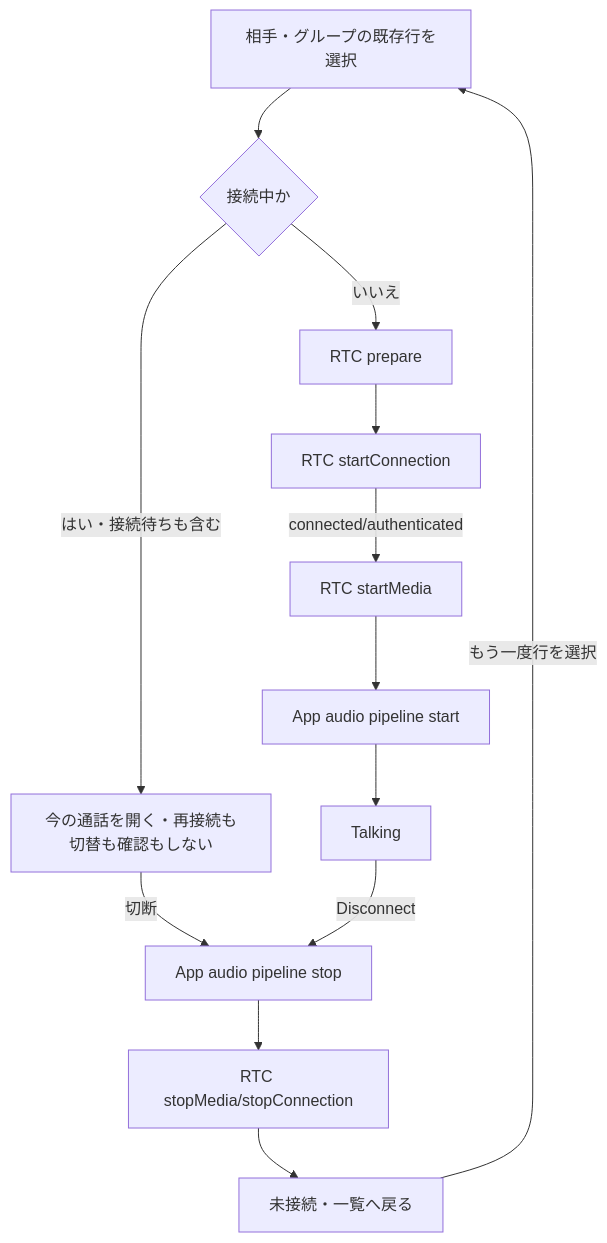
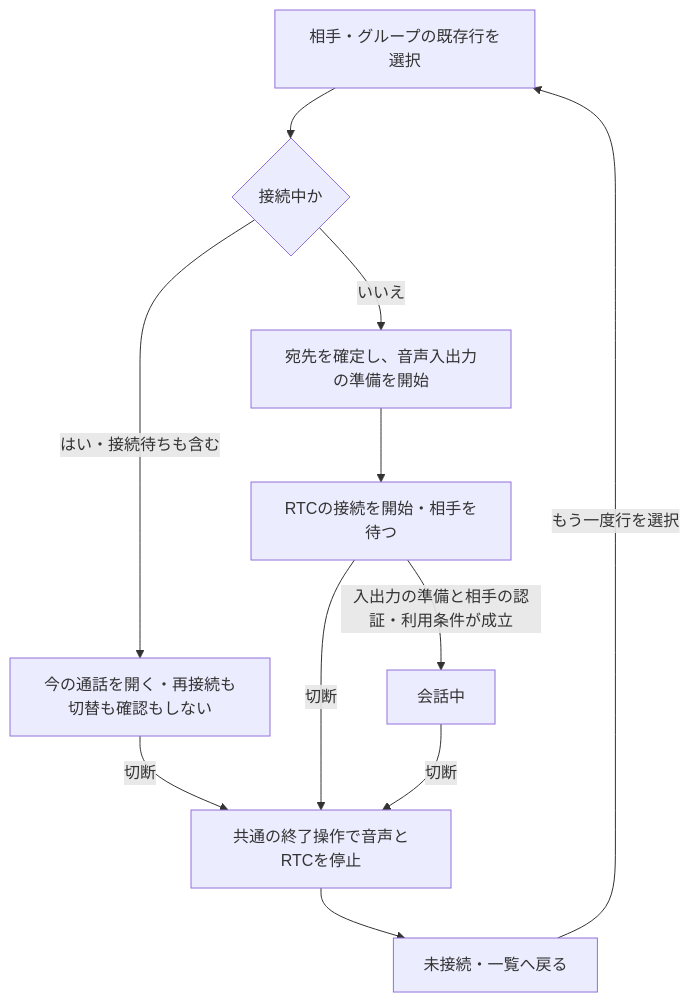
The second of 5 diagrams in docs/spec/App/UI/画面・状態遷移.md (eroccowaruico/RideCom), drawn with Mermaid before and after one commit. The commit also changed other lines of this file and 4 other files, not shown here.

````diff
--- a/docs/spec/App/UI/画面・状態遷移.md
+++ b/docs/spec/App/UI/画面・状態遷移.md
@@ -42,15 +42,13 @@
 ```mermaid
 flowchart TD
     A[相手・グループの既存行を選択] --> X{接続中か}
     X -->|はい・接続待ちも含む| L[今の通話を開く・再接続も切替も確認もしない]
-    X -->|いいえ| C[RTC prepare]
-    C --> D[RTC startConnection]
-    D -->|connected/authenticated| E[RTC startMedia]
-    E --> F[App audio pipeline start]
-    F --> G[Talking]
-    L -->|切断| H[App audio pipeline stop]
-    G -->|Disconnect| H
-    H --> I[RTC stopMedia/stopConnection]
-    I --> B[未接続・一覧へ戻る]
+    X -->|いいえ| C[宛先を確定し、音声入出力の準備を開始]
+    C --> D[RTCの接続を開始・相手を待つ]
+    D -->|入出力の準備と相手の認証・利用条件が成立| G[会話中]
+    L -->|切断| H[共通の終了操作で音声とRTCを停止]
+    D -->|切断| H
+    G -->|切断| H
+    H --> B[未接続・一覧へ戻る]
     B -->|もう一度行を選択| A
 ```
````
